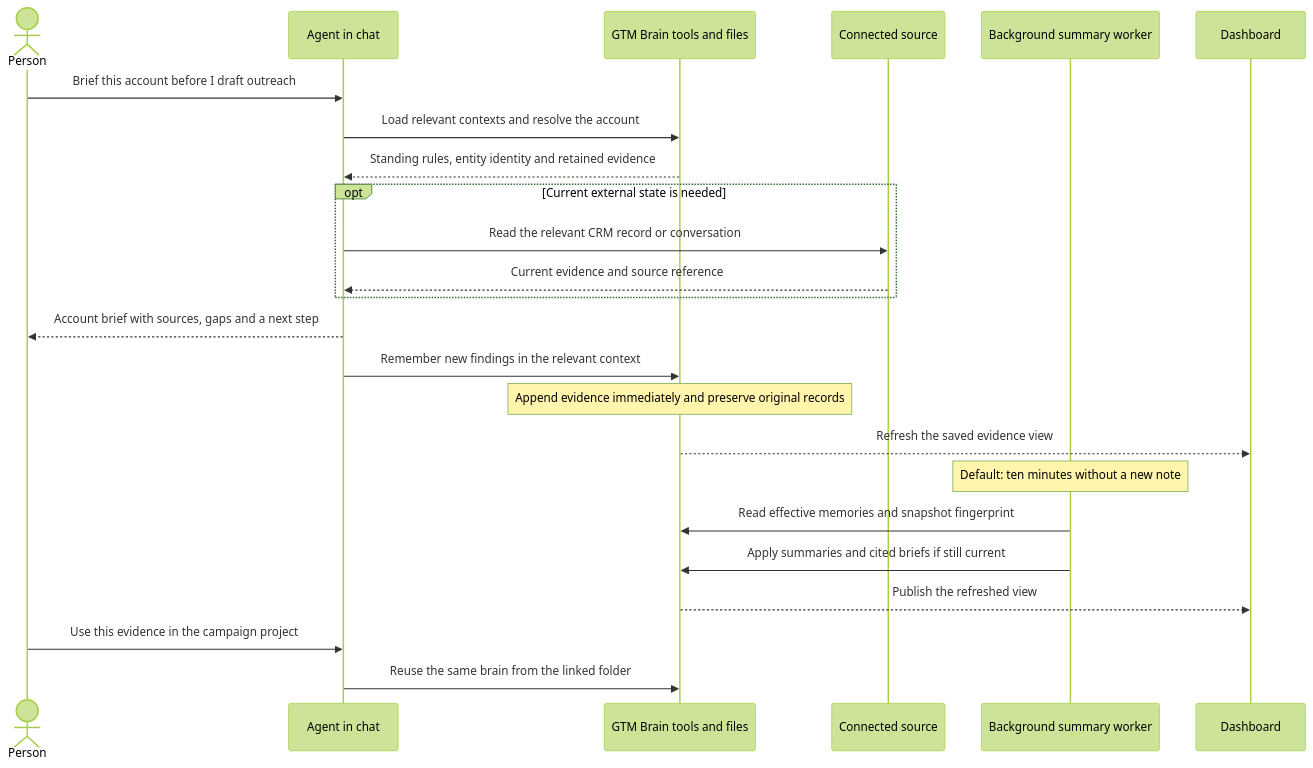
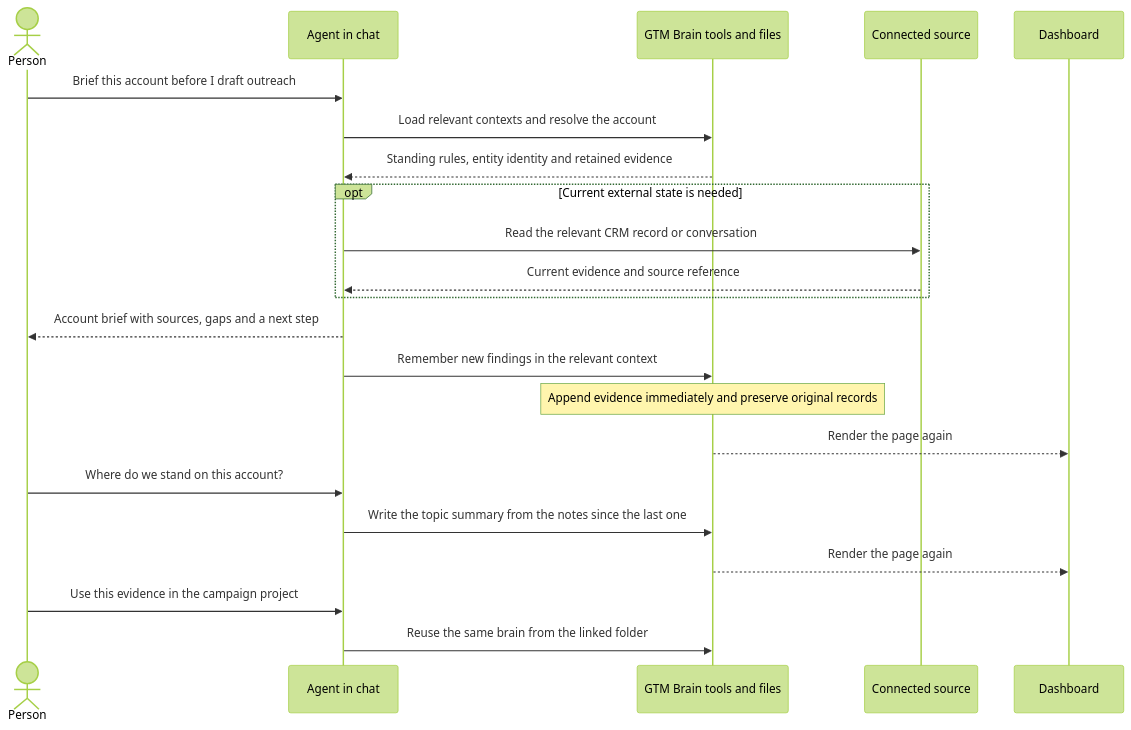
Before and after one commit to gtm-week/gtm-brain: the second of 2 diagrams in README.md, drawn with Mermaid (forest theme). The commit also changed other lines of this file and 5 other files, not shown here.

````diff
--- a/README.md
+++ b/README.md
@@ -302,27 +563,25 @@
 ```mermaid
 sequenceDiagram
   actor Person
   participant Agent as Agent in chat
   participant Brain as GTM Brain tools and files
   participant Source as Connected source
-  participant Worker as Background summary worker
   participant Dashboard
 
   Person->>Agent: Brief this account before I draft outreach
   Agent->>Brain: Load relevant contexts and resolve the account
   Brain-->>Agent: Standing rules, entity identity and retained evidence
   opt Current external state is needed
     Agent->>Source: Read the relevant CRM record or conversation
     Source-->>Agent: Current evidence and source reference
   end
   Agent-->>Person: Account brief with sources, gaps and a next step
   Agent->>Brain: Remember new findings in the relevant context
   Note over Brain: Append evidence immediately and preserve original records
-  Brain-->>Dashboard: Refresh the saved evidence view
-  Note over Worker: Default: ten minutes without a new note
-  Worker->>Brain: Read effective memories and snapshot fingerprint
-  Worker->>Brain: Apply summaries and cited briefs if still current
-  Brain-->>Dashboard: Publish the refreshed view
+  Brain-->>Dashboard: Render the page again
+  Person->>Agent: Where do we stand on this account?
+  Agent->>Brain: Write the topic summary from the notes since the last one
+  Brain-->>Dashboard: Render the page again
   Person->>Agent: Use this evidence in the campaign project
   Agent->>Brain: Reuse the same brain from the linked folder
 ```
````
